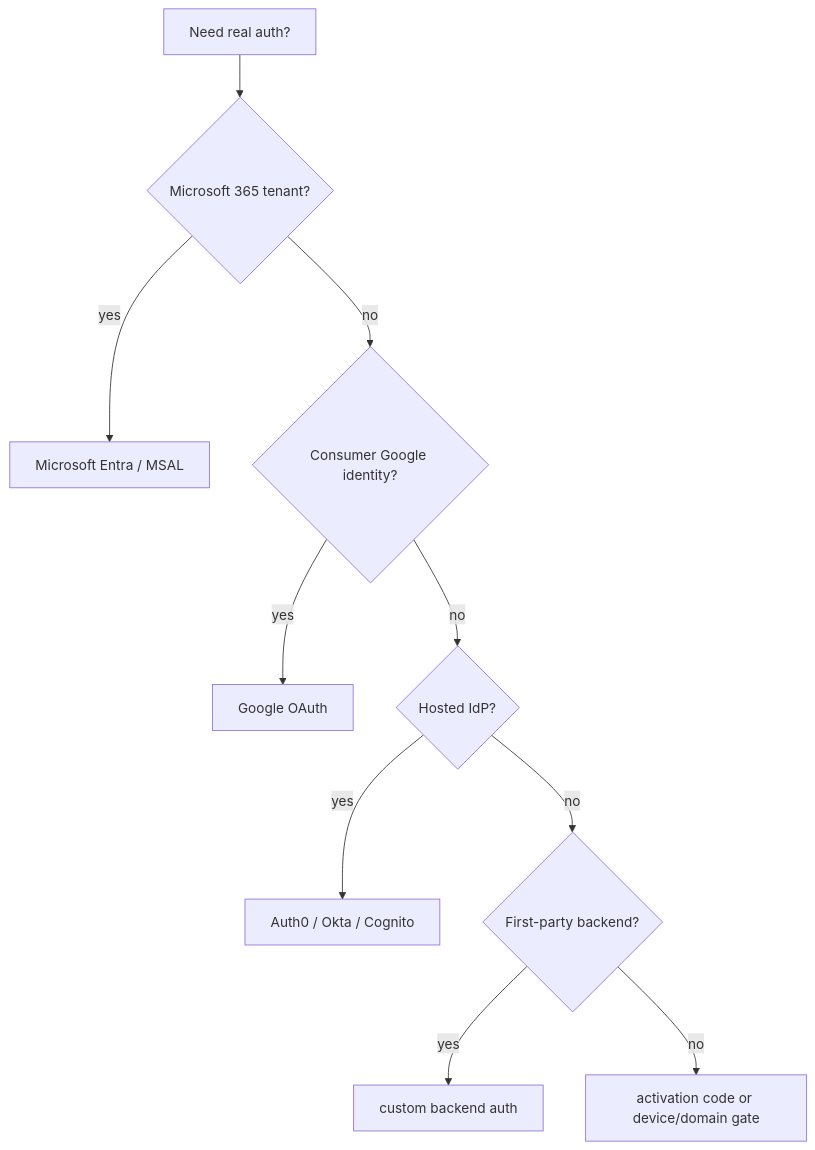
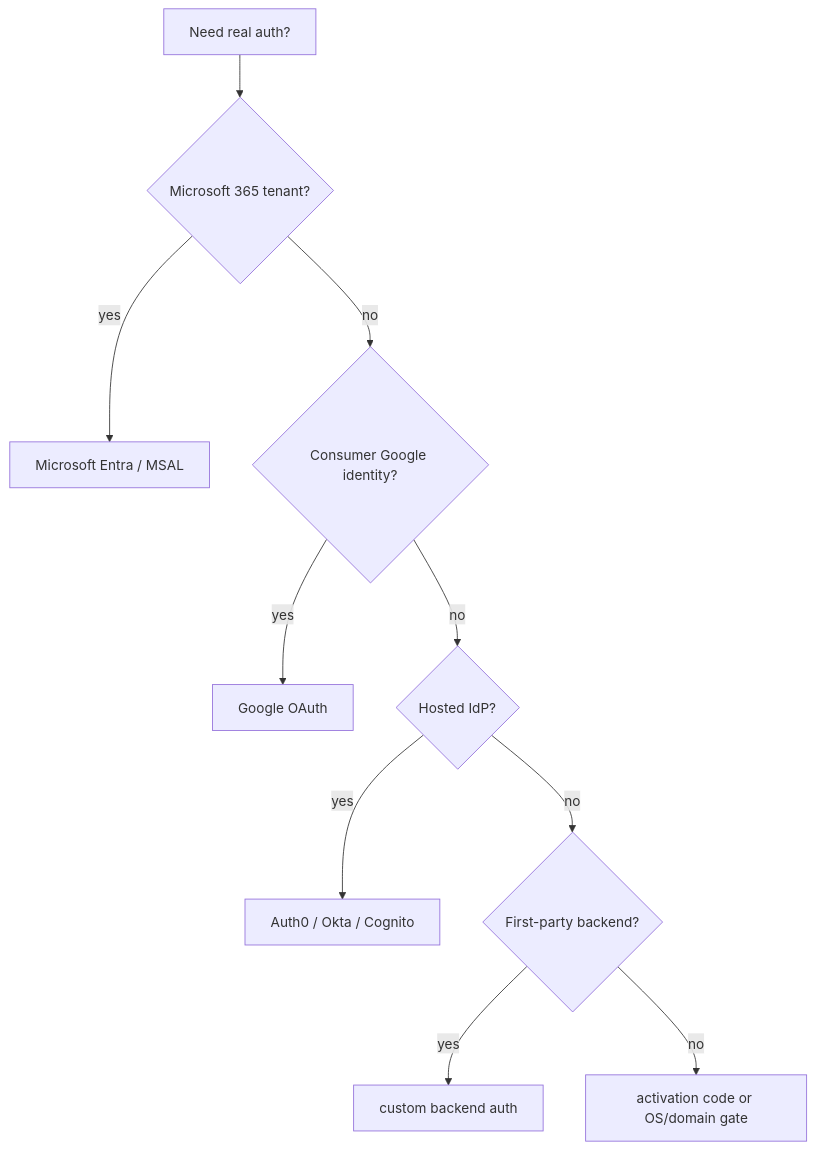
The diagram in docs/examples/auth-provider-recipes.md (AchuAshwath/electron-react-starter-kit), drawn with Mermaid before and after one commit. The commit also changed other lines of this file and 8 other files, not shown here.

Commit message:
docs(auth): document Microsoft-only auth flow

````diff
--- a/docs/examples/auth-provider-recipes.md
+++ b/docs/examples/auth-provider-recipes.md
@@ -21,12 +21,12 @@
 ```mermaid
 flowchart TB
 	Need["Need real auth?"] --> M365{"Microsoft 365 tenant?"}
 	M365 -->|yes| Entra["Microsoft Entra / MSAL"]
 	M365 -->|no| Social{"Consumer Google identity?"}
 	Social -->|yes| Google["Google OAuth"]
 	Social -->|no| Hosted{"Hosted IdP?"}
 	Hosted -->|yes| HostedIdp["Auth0 / Okta / Cognito"]
 	Hosted -->|no| Backend{"First-party backend?"}
 	Backend -->|yes| Api["custom backend auth"]
-	Backend -->|no| Local["activation code or device/domain gate"]
+	Backend -->|no| Local["activation code or OS/domain gate"]
 ```
````
